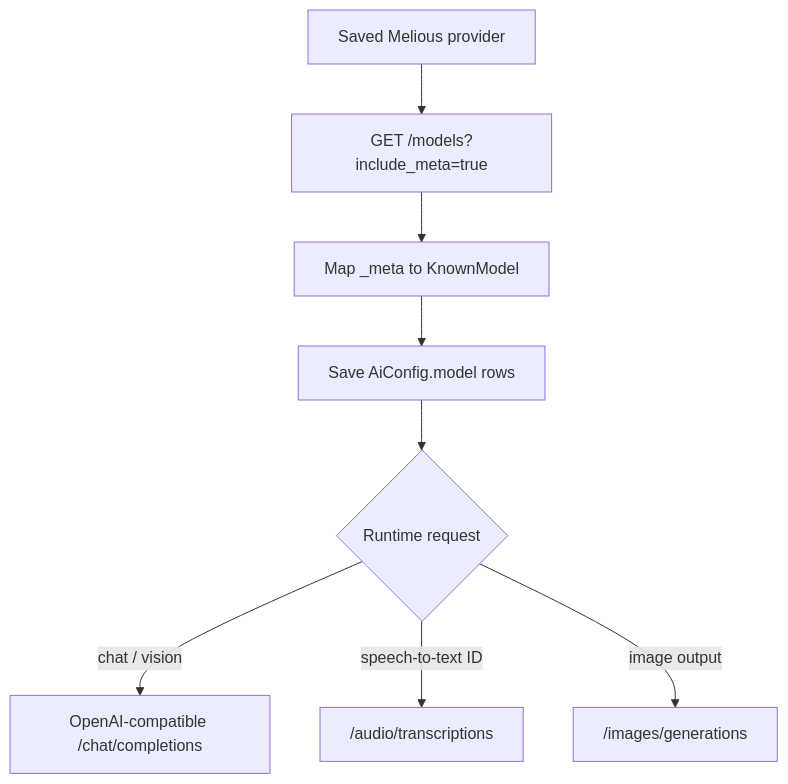
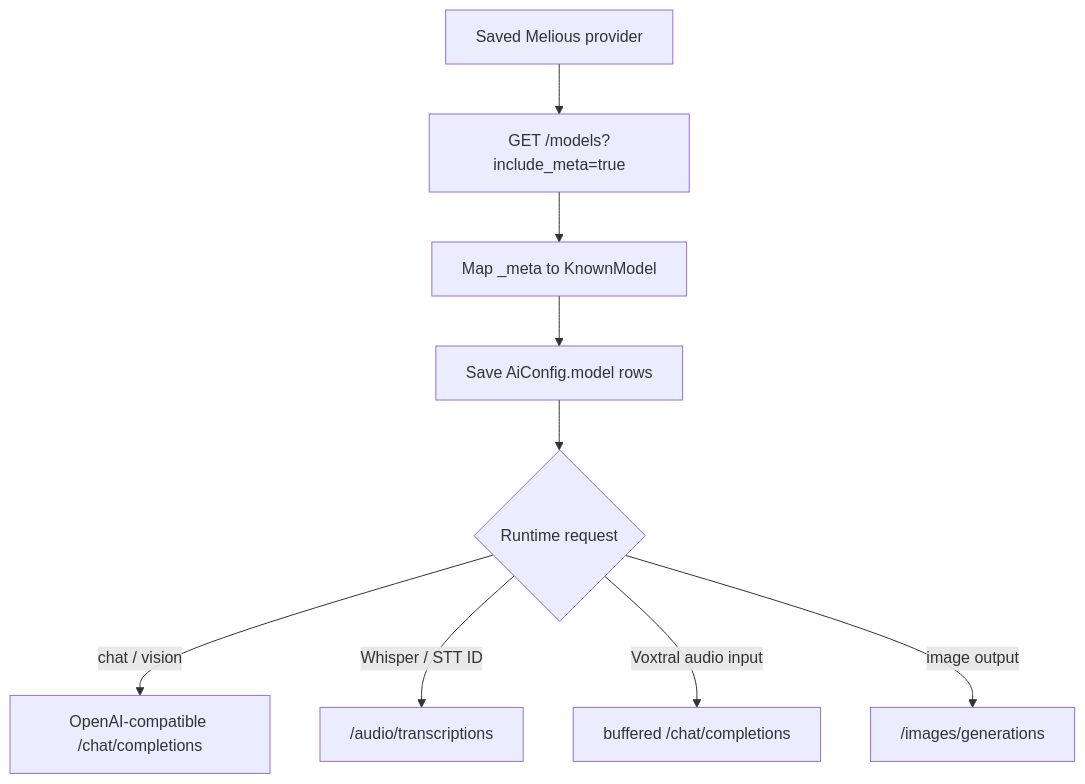
Before and after one commit to matthiasn/lotti: the fifth of 13 diagrams in lib/features/ai/README.md, drawn with Mermaid. The commit also changed other lines of this file and 29 other files, not shown here.

````diff
--- a/lib/features/ai/README.md
+++ b/lib/features/ai/README.md
@@ -263,10 +264,11 @@
 ```mermaid
 flowchart TD
   Provider["Saved Melious provider"] --> Catalog["GET /models?include_meta=true"]
   Catalog --> Map["Map _meta to KnownModel"]
   Map --> Install["Save AiConfig.model rows"]
   Install --> Route{"Runtime request"}
   Route -->|chat / vision| Chat["OpenAI-compatible /chat/completions"]
-  Route -->|speech-to-text ID| Audio["/audio/transcriptions"]
+  Route -->|Whisper / STT ID| Audio["/audio/transcriptions"]
+  Route -->|Voxtral audio input| ChatAudio["buffered /chat/completions"]
   Route -->|image output| Image["/images/generations"]
 ```
````
